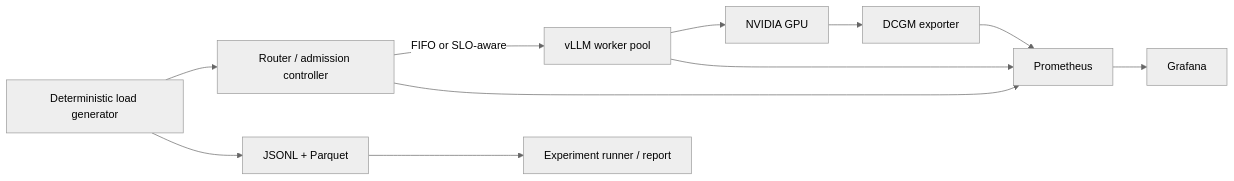
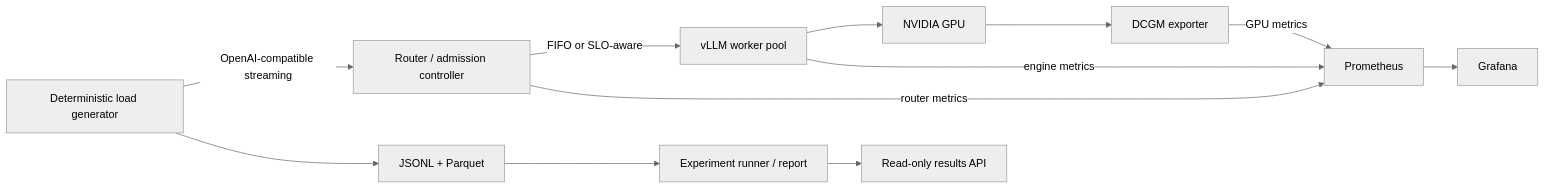
Before and after one commit to stannum13/servebench: the diagram in README.md, drawn with Mermaid (neutral theme). The commit also changed other lines of this file, not shown here.

````diff
--- a/README.md
+++ b/README.md
@@ -13,11 +65,14 @@
 ```mermaid
 flowchart LR
-    L[Deterministic load generator] --> R[Router / admission controller]
+    C[Deterministic load generator] -->|OpenAI-compatible streaming| R[Router / admission controller]
     R -->|FIFO or SLO-aware| V[vLLM worker pool]
     V --> G[NVIDIA GPU]
-    R --> P[Prometheus]
-    V --> P
-    G --> D[DCGM exporter] --> P
+    R -->|router metrics| P[Prometheus]
+    V -->|engine metrics| P
+    G --> D[DCGM exporter]
+    D -->|GPU metrics| P
     P --> F[Grafana]
-    L --> J[JSONL + Parquet] --> E[Experiment runner / report]
+    C --> J[JSONL + Parquet]
+    J --> E[Experiment runner / report]
+    E --> W[Read-only results API]
 ```
````
